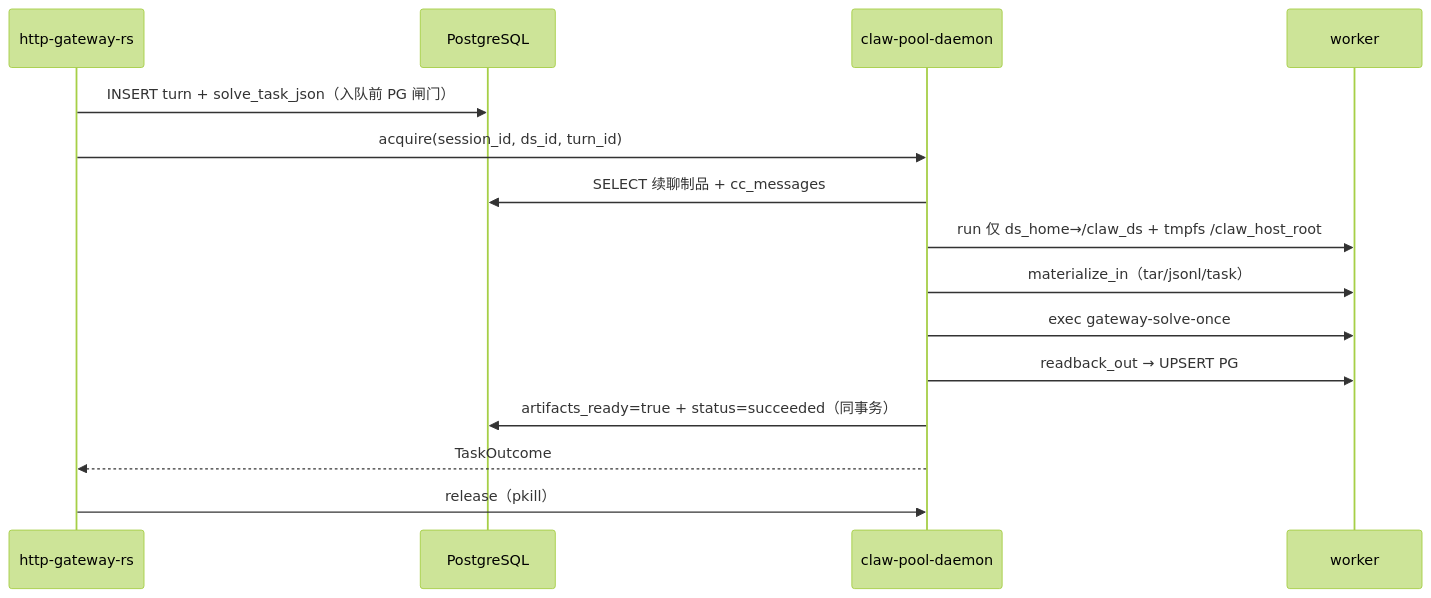
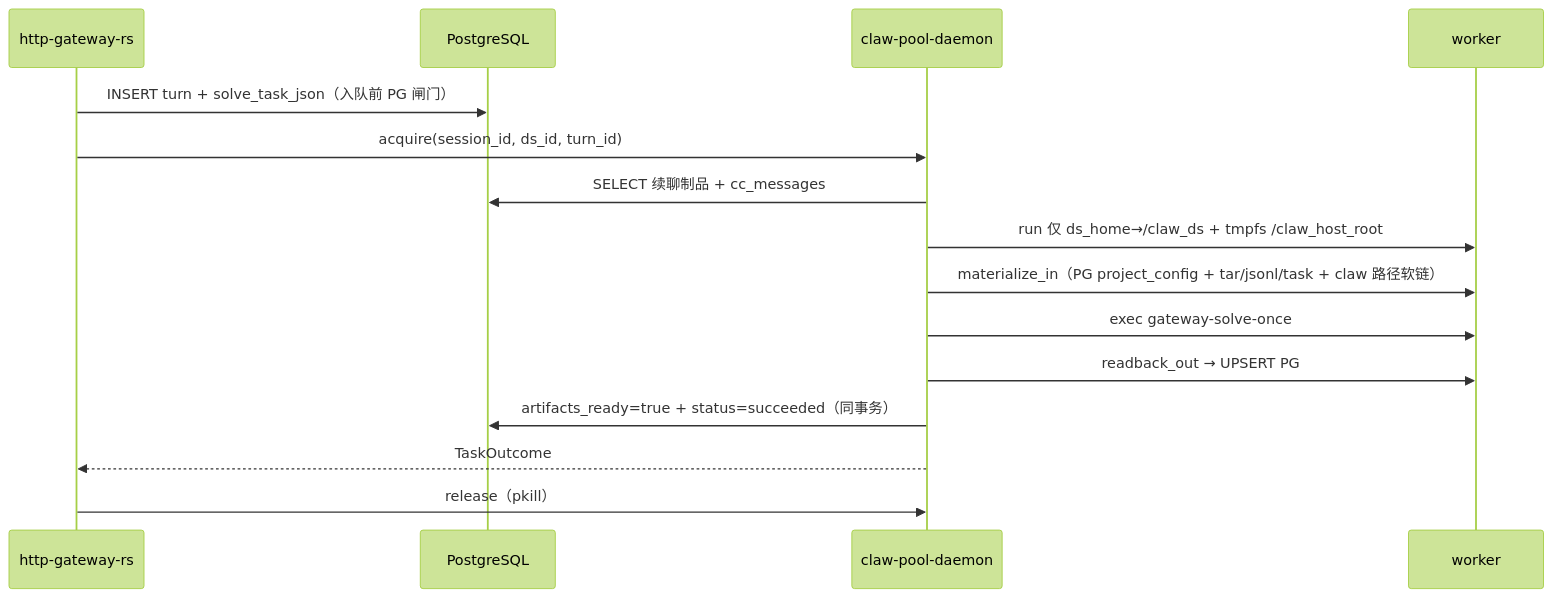
One commit to passionke/claw-code changed the diagram in docs/http-gateway-container-pool.md. Above: the diagram before and after it, drawn with Mermaid (forest theme). The commit also changed other lines of this file and 9 other files, not shown here.

First line of the commit message:
fix(pool): materialize PG project config per solve with claw path symlinks

````diff
--- a/docs/http-gateway-container-pool.md
+++ b/docs/http-gateway-container-pool.md
@@ -40,18 +40,18 @@
 ```mermaid
 sequenceDiagram
     participant GW as http-gateway-rs
     participant PG as PostgreSQL
     participant PD as claw-pool-daemon
     participant W as worker
 
     GW->>PG: INSERT turn + solve_task_json（入队前 PG 闸门）
     GW->>PD: acquire(session_id, ds_id, turn_id)
     PD->>PG: SELECT 续聊制品 + cc_messages
     PD->>W: run 仅 ds_home→/claw_ds + tmpfs /claw_host_root
-    PD->>W: materialize_in（tar/jsonl/task）
+    PD->>W: materialize_in（PG project_config + tar/jsonl/task + claw 路径软链）
     PD->>W: exec gateway-solve-once
     PD->>W: readback_out → UPSERT PG
     PD->>PG: artifacts_ready=true + status=succeeded（同事务）
     PD-->>GW: TaskOutcome
     GW->>PD: release（pkill）
 ```
````
